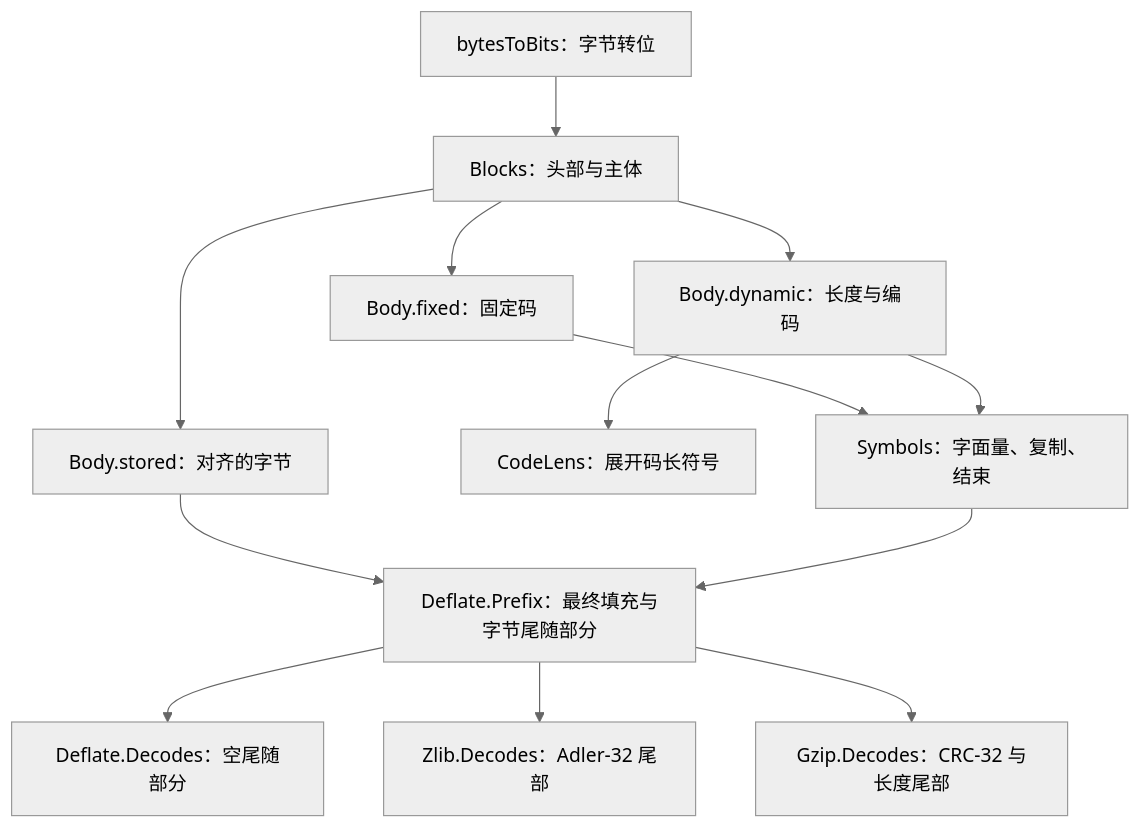
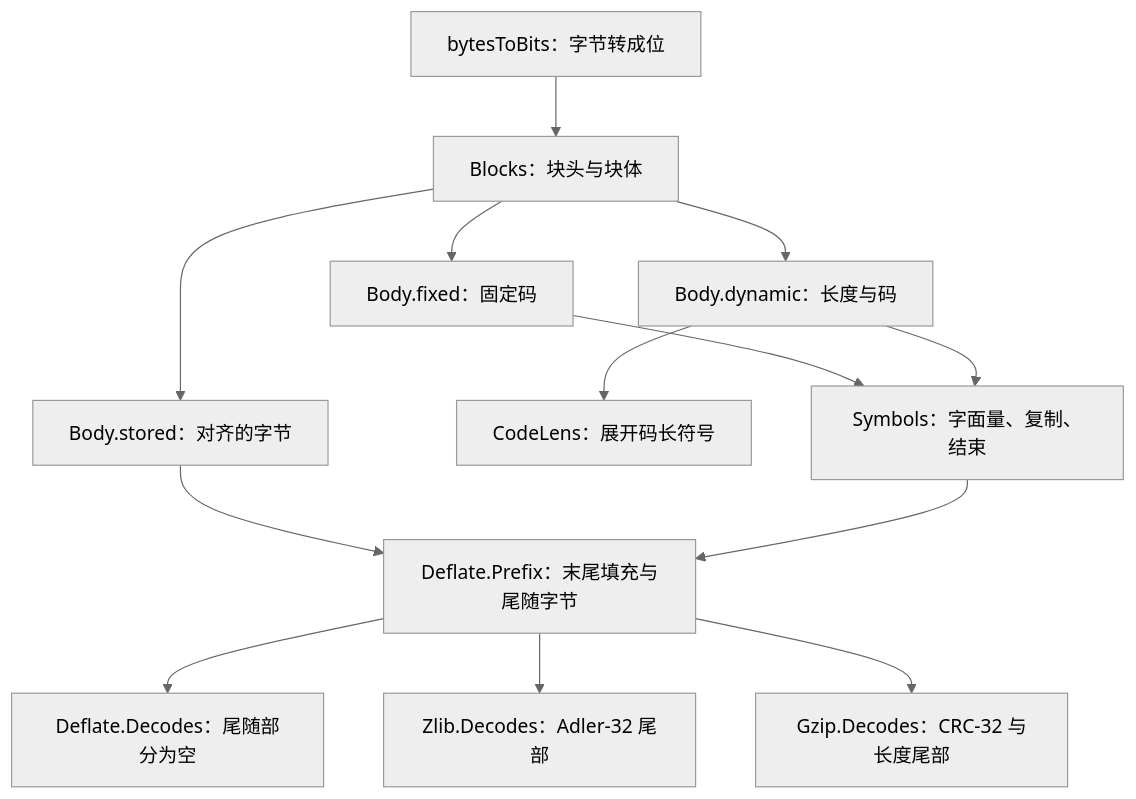
One commit to cla7aye15I4nd/oss-proof changed the diagram in docs/spec/format/model.zh.md. Above: the diagram before and after it, drawn with Mermaid (neutral theme). The commit also changed other lines of this file and 3 other files, not shown here.

````diff
--- a/docs/spec/format/model.zh.md
+++ b/docs/spec/format/model.zh.md
@@ -30,15 +30,15 @@
 ```mermaid
 flowchart TD
-    B["bytesToBits：字节转位"] --> K["Blocks：头部与主体"]
+    B["bytesToBits：字节转成位"] --> K["Blocks：块头与块体"]
     K --> S["Body.stored：对齐的字节"]
     K --> F["Body.fixed：固定码"]
-    K --> D["Body.dynamic：长度与编码"]
+    K --> D["Body.dynamic：长度与码"]
     D --> C["CodeLens：展开码长符号"]
     F --> Y["Symbols：字面量、复制、结束"]
     D --> Y
-    S --> P["Deflate.Prefix：最终填充与字节尾随部分"]
+    S --> P["Deflate.Prefix：末尾填充与尾随字节"]
     Y --> P
-    P --> R["Deflate.Decodes：空尾随部分"]
+    P --> R["Deflate.Decodes：尾随部分为空"]
     P --> Z["Zlib.Decodes：Adler-32 尾部"]
     P --> G["Gzip.Decodes：CRC-32 与长度尾部"]
 ```
````
